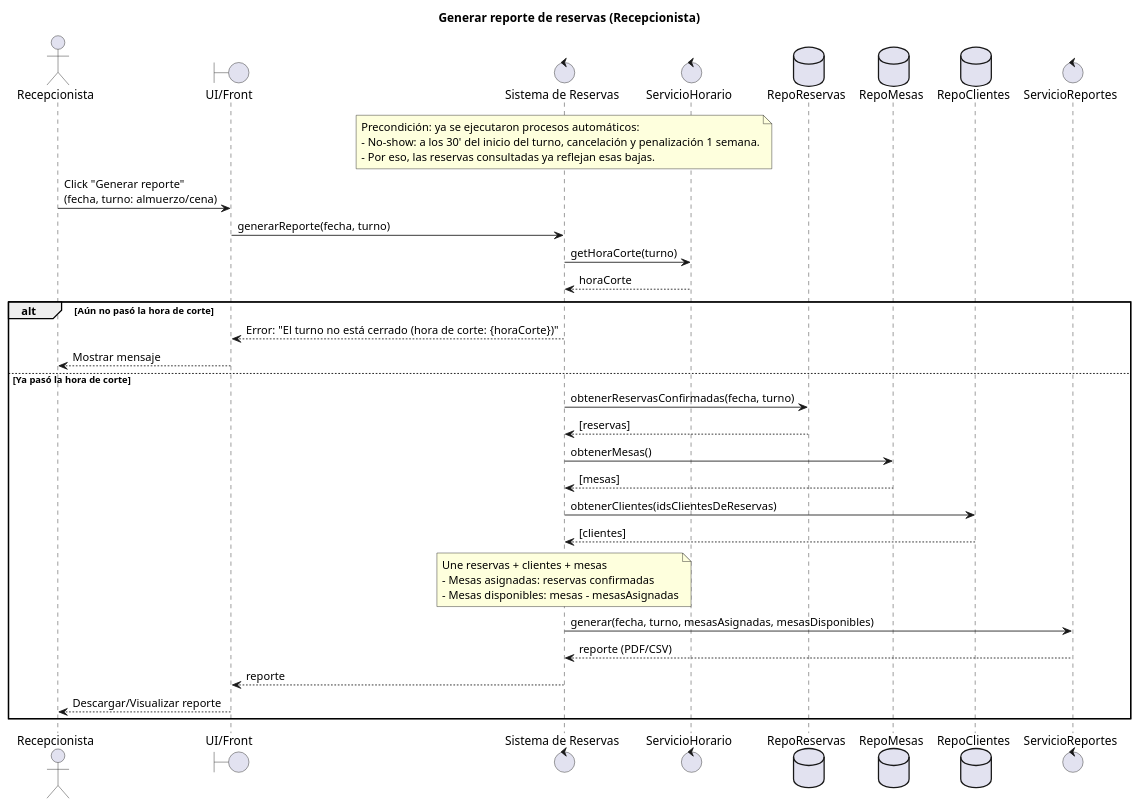
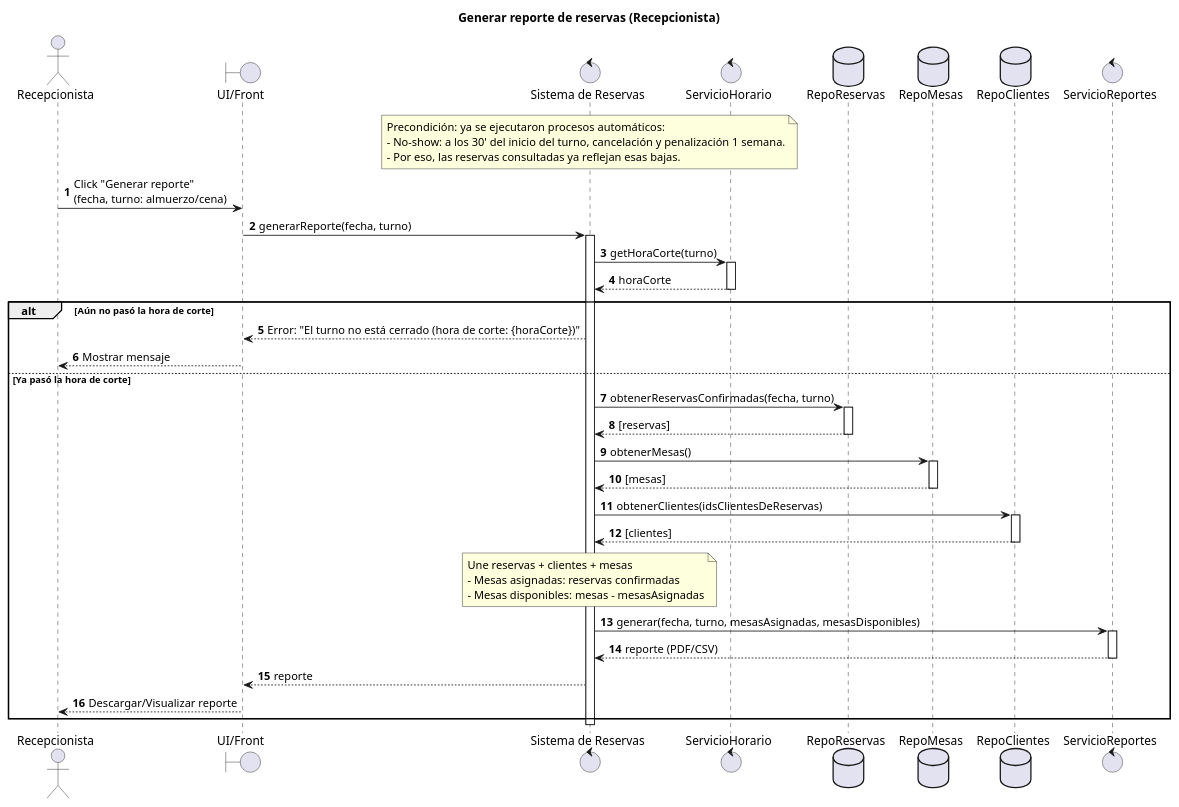
Before and after one commit to UBP-IngenieriaSoftware/filminas: the diagram in slides/starUML/1a_restaurante.puml, drawn with PlantUML. The commit also changed 4 other files, not shown here.

```diff
--- a/slides/starUML/1a_restaurante.puml
+++ b/slides/starUML/1a_restaurante.puml
@@ -1,52 +1,64 @@
 @startuml
+autonumber
 title Generar reporte de reservas (Recepcionista)
 
 actor Recepcionista as R
 boundary "UI/Front" as UI
 control "Sistema de Reservas" as S
 control "ServicioHorario" as SH
 database "RepoReservas" as RR
 database "RepoMesas" as RM
 database "RepoClientes" as RC
 control "ServicioReportes" as SRpt
 
-' Precondición informativa (no-show/penalizaciones gestionadas por job aparte)
 note over S
   Precondición: ya se ejecutaron procesos automáticos:
   - No-show: a los 30' del inicio del turno, cancelación y penalización 1 semana.
   - Por eso, las reservas consultadas ya reflejan esas bajas.
 end note
 
 R -> UI: Click "Generar reporte"\n(fecha, turno: almuerzo/cena)
 UI -> S: generarReporte(fecha, turno)
+activate S
 
 S -> SH: getHoraCorte(turno)
+activate SH
 SH --> S: horaCorte
+deactivate SH
 
 alt Aún no pasó la hora de corte
   S --> UI: Error: "El turno no está cerrado (hora de corte: {horaCorte})"
   UI --> R: Mostrar mensaje
 else Ya pasó la hora de corte
   S -> RR: obtenerReservasConfirmadas(fecha, turno)
+  activate RR
   RR --> S: [reservas]
+  deactivate RR
 
   S -> RM: obtenerMesas()
+  activate RM
   RM --> S: [mesas]
+  deactivate RM
 
   S -> RC: obtenerClientes(idsClientesDeReservas)
+  activate RC
   RC --> S: [clientes]
+  deactivate RC
 
   note over S
     Une reservas + clientes + mesas
     - Mesas asignadas: reservas confirmadas
     - Mesas disponibles: mesas - mesasAsignadas
   end note
 
   S -> SRpt: generar(fecha, turno, mesasAsignadas, mesasDisponibles)
+  activate SRpt
   SRpt --> S: reporte (PDF/CSV)
+  deactivate SRpt
 
   S --> UI: reporte
   UI --> R: Descargar/Visualizar reporte
 end
 
+deactivate S
 @enduml
```
